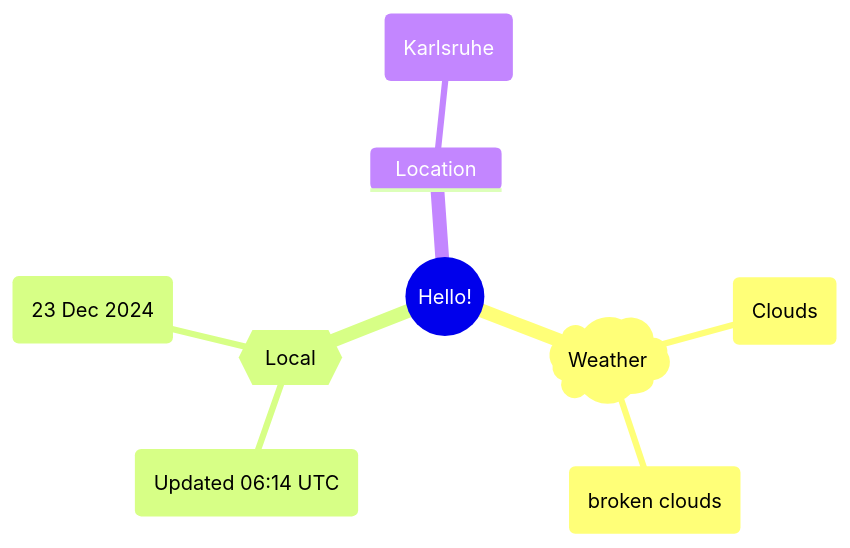
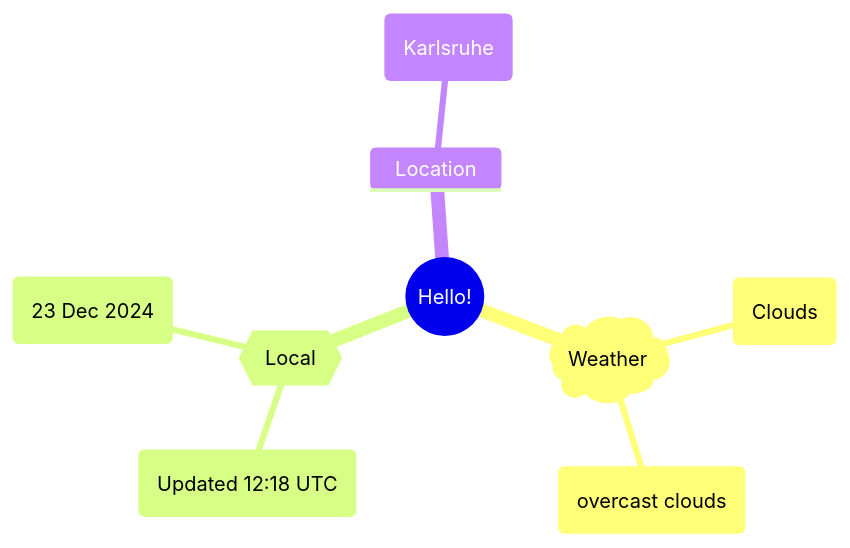
One commit to Xosrov/Xosrov changed the first of 2 diagrams in README.md. Above: the diagram before and after it, drawn with Mermaid.

Commit message:
[bot] updated images

````diff
--- a/README.md
+++ b/README.md
@@ -3,12 +3,12 @@
 ```mermaid
 mindmap
   root((Hello!))
     )Weather(
         (Clouds)
-        (broken clouds)
+        (overcast clouds)
     {{Local}}
-        (Updated 06:14 UTC)
+        (Updated 12:18 UTC)
         (23 Dec 2024)
     Location
         (Karlsruhe)
 ```
````
